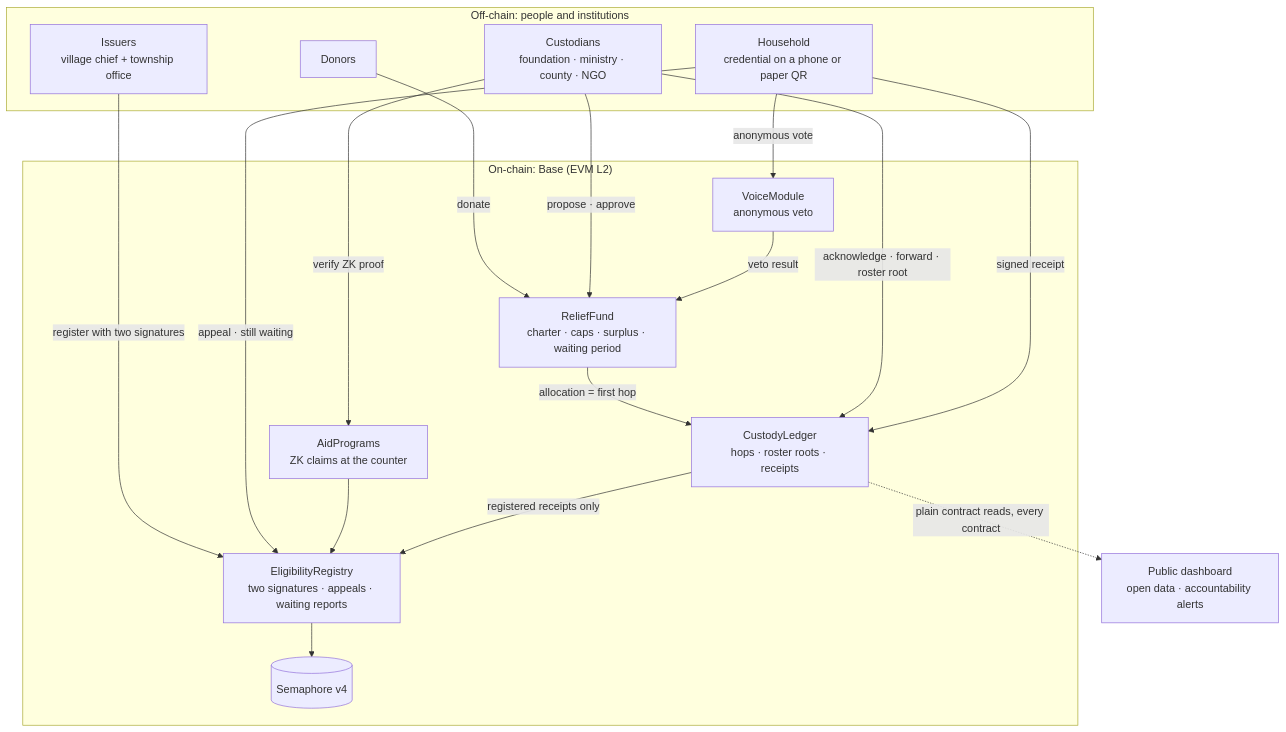
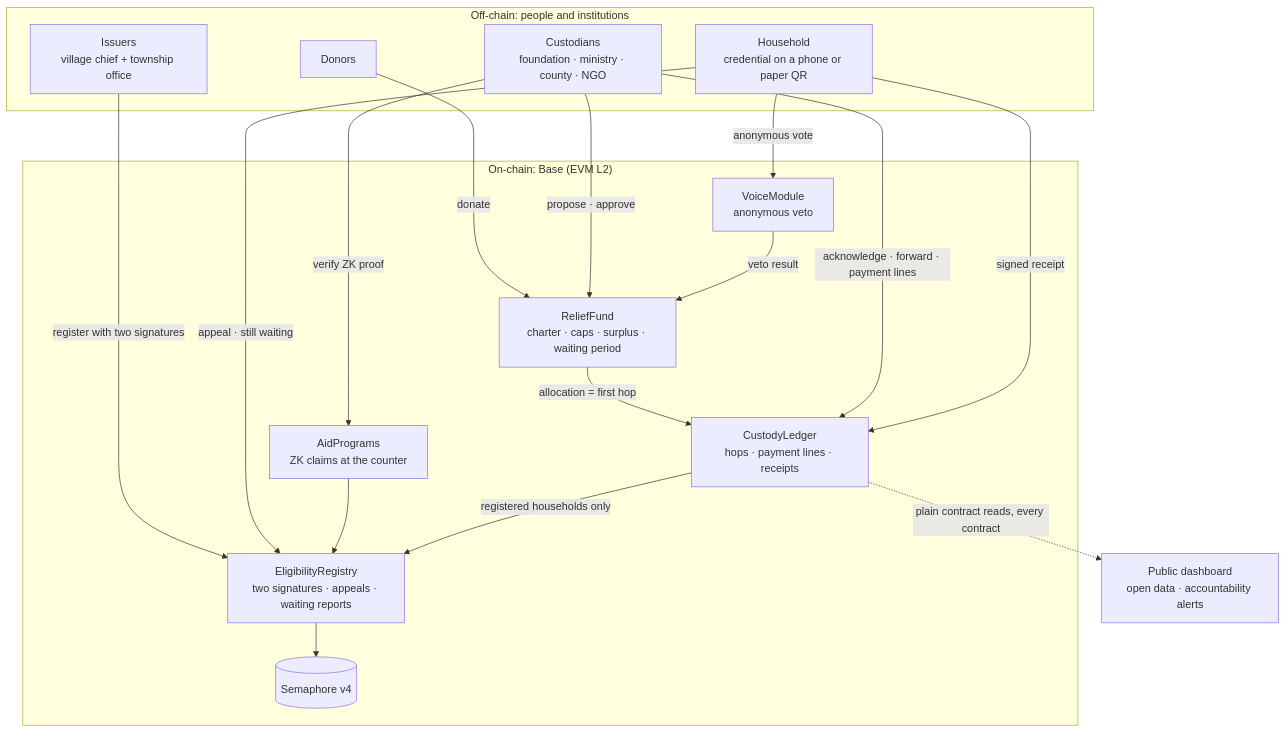
Before and after one commit to ZhenYan1214/kept: the first of 2 diagrams in README.md, drawn with Mermaid. The commit also changed other lines of this file and 24 other files, not shown here.

First line of the commit message:
Publish payment lines; cooldown after a household veto

````diff
--- a/README.md
+++ b/README.md
@@ -105,35 +70,35 @@
 ```mermaid
 flowchart TB
   subgraph PEOPLE["Off-chain: people and institutions"]
     D["Donors"]
     C["Custodians<br/>foundation · ministry · county · NGO"]
     I["Issuers<br/>village chief + township office"]
     H["Household<br/>credential on a phone or paper QR"]
   end
 
   subgraph CHAIN["On-chain: Base (EVM L2)"]
     RF["ReliefFund<br/>charter · caps · surplus · waiting period"]
-    CL["CustodyLedger<br/>hops · roster roots · receipts"]
+    CL["CustodyLedger<br/>hops · payment lines · receipts"]
     VM["VoiceModule<br/>anonymous veto"]
     ER["EligibilityRegistry<br/>two signatures · appeals · waiting reports"]
     AP["AidPrograms<br/>ZK claims at the counter"]
     S[("Semaphore v4")]
   end
 
   DB["Public dashboard<br/>open data · accountability alerts"]
 
   D -->|donate| RF
   C -->|"propose · approve"| RF
   RF -->|"allocation = first hop"| CL
-  C -->|"acknowledge · forward · roster root"| CL
+  C -->|"acknowledge · forward · payment lines"| CL
   C -->|"verify ZK proof"| AP
   I -->|"register with two signatures"| ER
   H -->|"signed receipt"| CL
   H -->|"anonymous vote"| VM
   H -->|"appeal · still waiting"| ER
   VM -->|"veto result"| RF
   AP --> ER
-  CL -->|"registered receipts only"| ER
+  CL -->|"registered households only"| ER
   ER --> S
   CL -.->|"plain contract reads, every contract"| DB
 ```
````
